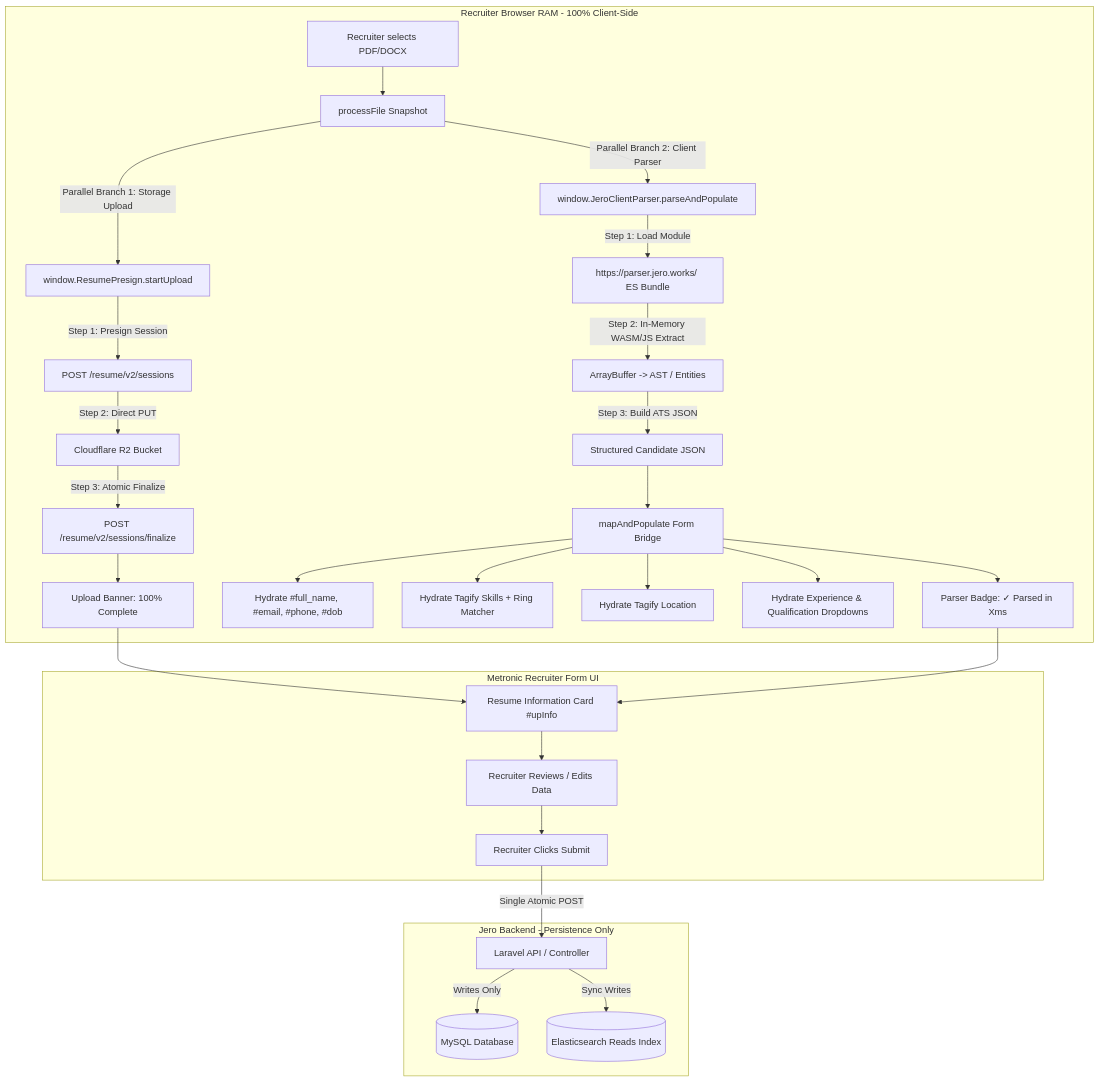
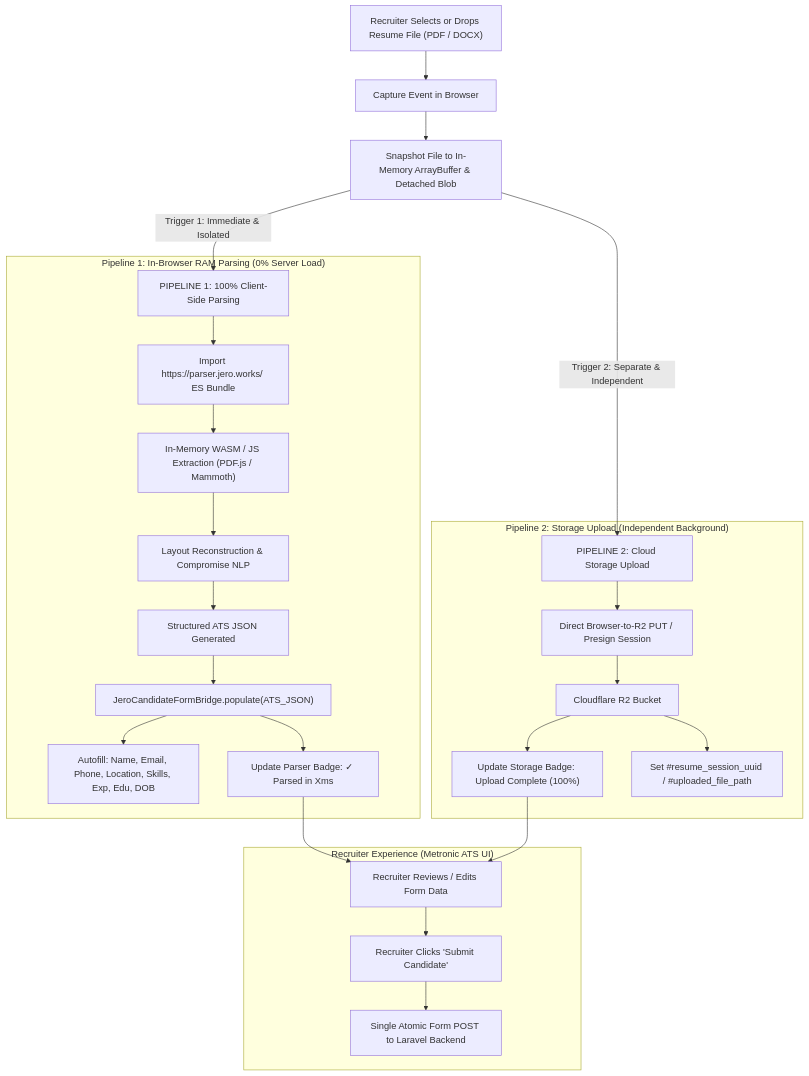
The diagram in docs/V4_Jeroworks_Upgrade/test_parser_jero_works.md (4belldevelopers/sales-crm-final), drawn with Mermaid before and after one commit. The commit also changed other lines of this file and 2 other files, not shown here.

Commit message:
feat(ats): enforce 100% pipeline isolation between immediate client parser and independent storage upload

````diff
--- a/docs/V4_Jeroworks_Upgrade/test_parser_jero_works.md
+++ b/docs/V4_Jeroworks_Upgrade/test_parser_jero_works.md
@@ -55,38 +69,33 @@
 ```mermaid
 flowchart TD
-    subgraph Browser_RAM [Recruiter Browser RAM - 100% Client-Side]
-        A[Recruiter selects PDF/DOCX] --> B[processFile Snapshot]
-        B -->|Parallel Branch 1: Storage Upload| C[window.ResumePresign.startUpload]
-        B -->|Parallel Branch 2: Client Parser| D[window.JeroClientParser.parseAndPopulate]
-        
-        C -->|Step 1: Presign Session| E[POST /resume/v2/sessions]
-        E -->|Step 2: Direct PUT| F[Cloudflare R2 Bucket]
-        F -->|Step 3: Atomic Finalize| G[POST /resume/v2/sessions/finalize]
-        
-        D -->|Step 1: Load Module| H[https://parser.jero.works/ ES Bundle]
-        H -->|Step 2: In-Memory WASM/JS Extract| I[ArrayBuffer -> AST / Entities]
-        I -->|Step 3: Build ATS JSON| J[Structured Candidate JSON]
-        
-        J --> K[mapAndPopulate Form Bridge]
-        K --> L[Hydrate #full_name, #email, #phone, #dob]
-        K --> M[Hydrate Tagify Skills + Ring Matcher]
-        K --> N[Hydrate Tagify Location]
-        K --> O[Hydrate Experience & Qualification Dropdowns]
-        
-        G --> P[Upload Banner: 100% Complete]
-        K --> Q[Parser Badge: ✓ Parsed in Xms]
+    A["Recruiter Selects or Drops Resume File (PDF / DOCX)"] --> B["Capture Event in Browser"]
+    
+    B --> C["Snapshot File to In-Memory ArrayBuffer & Detached Blob"]
+    
+    C -->|Trigger 1: Immediate & Isolated| P1["PIPELINE 1: 100% Client-Side Parsing"]
+    C -->|Trigger 2: Separate & Independent| P2["PIPELINE 2: Cloud Storage Upload"]
+
+    subgraph PIPELINE_1 ["Pipeline 1: In-Browser RAM Parsing (0% Server Load)"]
+        P1 --> D["Import https://parser.jero.works/ ES Bundle"]
+        D --> E["In-Memory WASM / JS Extraction (PDF.js / Mammoth)"]
+        E --> F["Layout Reconstruction & Compromise NLP"]
+        F --> G["Structured ATS JSON Generated"]
+        G --> H["JeroCandidateFormBridge.populate(ATS_JSON)"]
+        H --> I["Autofill: Name, Email, Phone, Location, Skills, Exp, Edu, DOB"]
+        H --> J["Update Parser Badge: ✓ Parsed in Xms"]
     end
-    
-    subgraph UI_State [Metronic Recruiter Form UI]
-        P --> R[Resume Information Card #upInfo]
-        Q --> R
-        R --> S[Recruiter Reviews / Edits Data]
-        S --> T[Recruiter Clicks Submit]
+
+    subgraph PIPELINE_2 ["Pipeline 2: Storage Upload (Independent Background)"]
+        P2 --> K["Direct Browser-to-R2 PUT / Presign Session"]
+        K --> L["Cloudflare R2 Bucket"]
+        L --> M["Update Storage Badge: Upload Complete (100%)"]
+        L --> N["Set #resume_session_uuid / #uploaded_file_path"]
     end
-    
-    subgraph Backend_Persistence [Jero Backend - Persistence Only]
-        T -->|Single Atomic POST| U[Laravel API / Controller]
-        U -->|Writes Only| V[(MySQL Database)]
-        U -->|Sync Writes| W[(Elasticsearch Reads Index)]
+
+    subgraph UI_STATE ["Recruiter Experience (Metronic ATS UI)"]
+        J --> O["Recruiter Reviews / Edits Form Data"]
+        M --> O
+        O --> P["Recruiter Clicks 'Submit Candidate'"]
+        P --> Q["Single Atomic Form POST to Laravel Backend"]
     end
 ```
````
